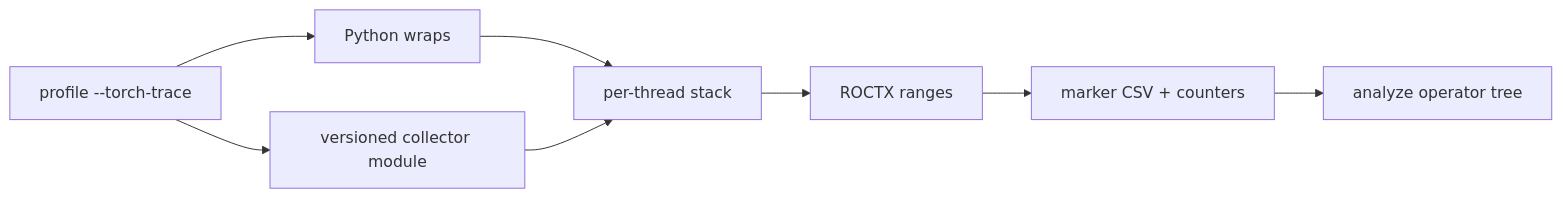
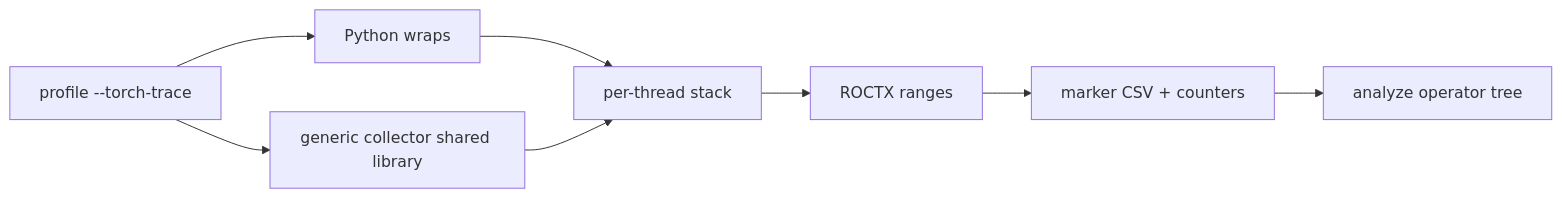
Before and after one commit to ROCm/rocm-systems: the diagram in projects/rocprofiler-compute/docs/design/hld-torch-trace-collector.md, drawn with Mermaid. The commit also changed other lines of this file and 24 other files, not shown here.

````diff
--- a/projects/rocprofiler-compute/docs/design/hld-torch-trace-collector.md
+++ b/projects/rocprofiler-compute/docs/design/hld-torch-trace-collector.md
@@ -80,10 +82,10 @@
 ```mermaid
 flowchart LR
   profile["profile --torch-trace"] --> wraps["Python wraps"]
-  profile --> collector["versioned collector module"]
+  profile --> collector["generic collector shared library"]
   wraps --> stack["per-thread stack"]
   collector --> stack
   stack --> roctx["ROCTX ranges"]
   roctx --> csv["marker CSV + counters"]
   csv --> analyze["analyze operator tree"]
 ```
````
